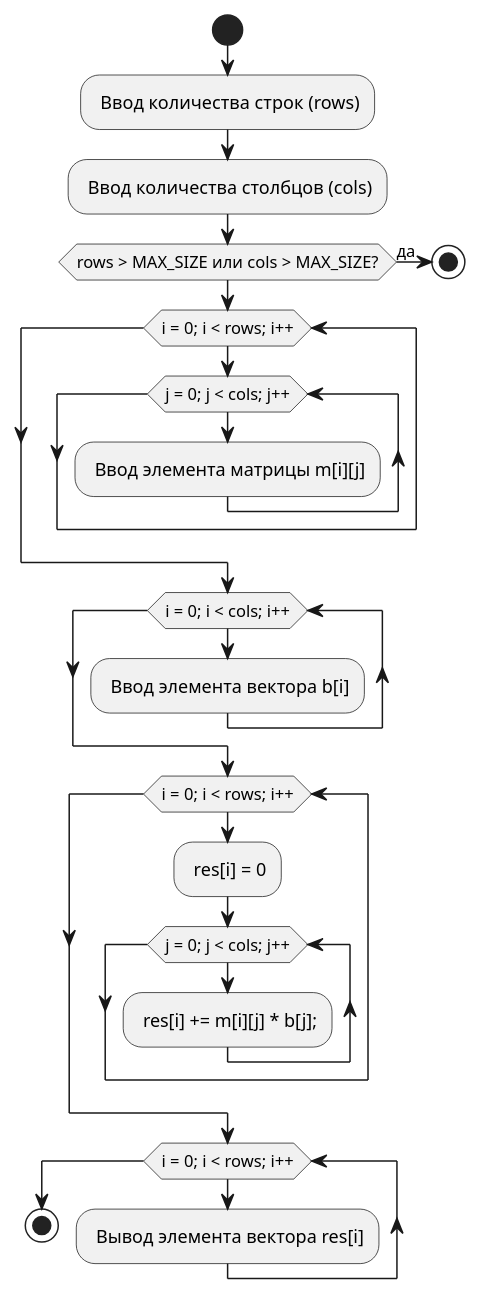
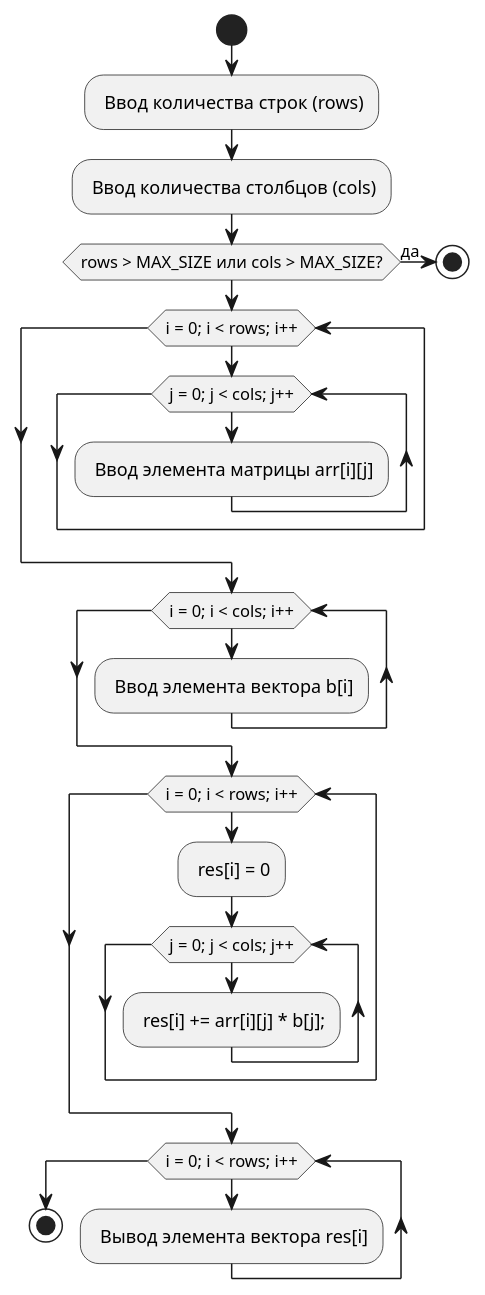
One commit to ermakov0/ivt-cpp changed the diagram in uml/06-1-2darray.puml. Above: the diagram before and after it, drawn with PlantUML. The commit also changed 14 other files, not shown here.

```diff
--- a/uml/06-1-2darray.puml
+++ b/uml/06-1-2darray.puml
@@ -1,30 +1,30 @@
 @startuml 06-1-2darray
 start
 - Ввод количества строк (rows)
 - Ввод количества столбцов (cols)
 if (rows > MAX_SIZE или cols > MAX_SIZE?) then
 else (да)
     stop
 endif
 
 while (i = 0; i < rows; i++)
     while (j = 0; j < cols; j++)
-        - Ввод элемента матрицы m[i][j]
+        - Ввод элемента матрицы arr[i][j]
     endwhile
 endwhile
 while (i = 0; i < cols; i++)
     - Ввод элемента вектора b[i]
 endwhile
 
 while (i = 0; i < rows; i++)
     - res[i] = 0
     while (j = 0; j < cols; j++)
-        - res[i] += m[i][j] * b[j];
+        - res[i] += arr[i][j] * b[j];
     endwhile
 endwhile
 
 while (i = 0; i < rows; i++)
     - Вывод элемента вектора res[i]
 endwhile
 stop
 @enduml
```
